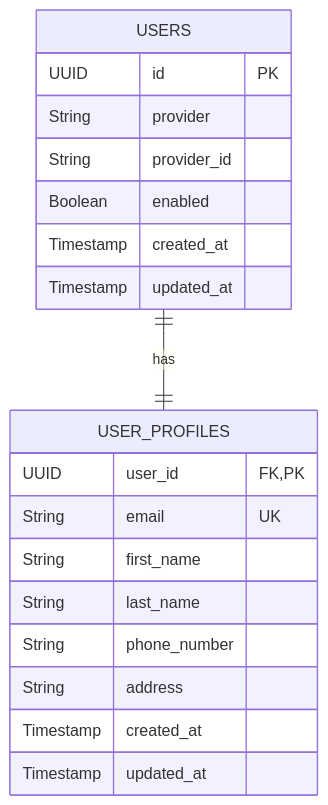
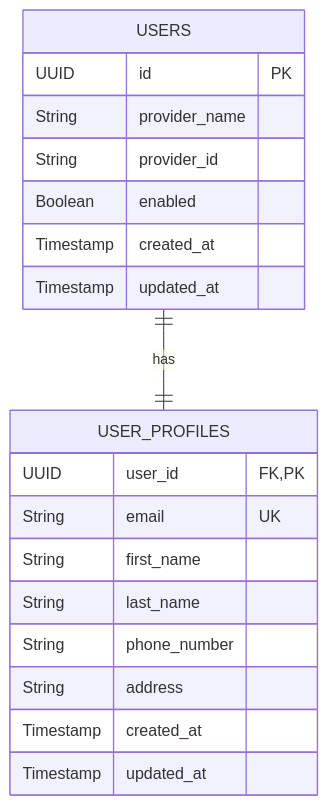
One commit to thongdanghoang/scalable-ecommerce-platform changed the diagram in specs/002-user-auth-profile/data-model.md. Above: the diagram before and after it, drawn with Mermaid. The commit also changed other lines of this file and 2 other files, not shown here.

Commit message:
feat: use composite unique constraint for provider_id and provider_name

````diff
--- a/specs/002-user-auth-profile/data-model.md
+++ b/specs/002-user-auth-profile/data-model.md
@@ -8,22 +8,22 @@
 ```mermaid
 erDiagram
     USERS ||--|| USER_PROFILES: "has"
     USERS {
         UUID id PK
-        String provider
+        String provider_name
         String provider_id
         Boolean enabled
         Timestamp created_at
         Timestamp updated_at
     }
     USER_PROFILES {
         UUID user_id FK, PK
         String email UK
         String first_name
         String last_name
         String phone_number
         String address
         Timestamp created_at
         Timestamp updated_at
     }
 ```
````
